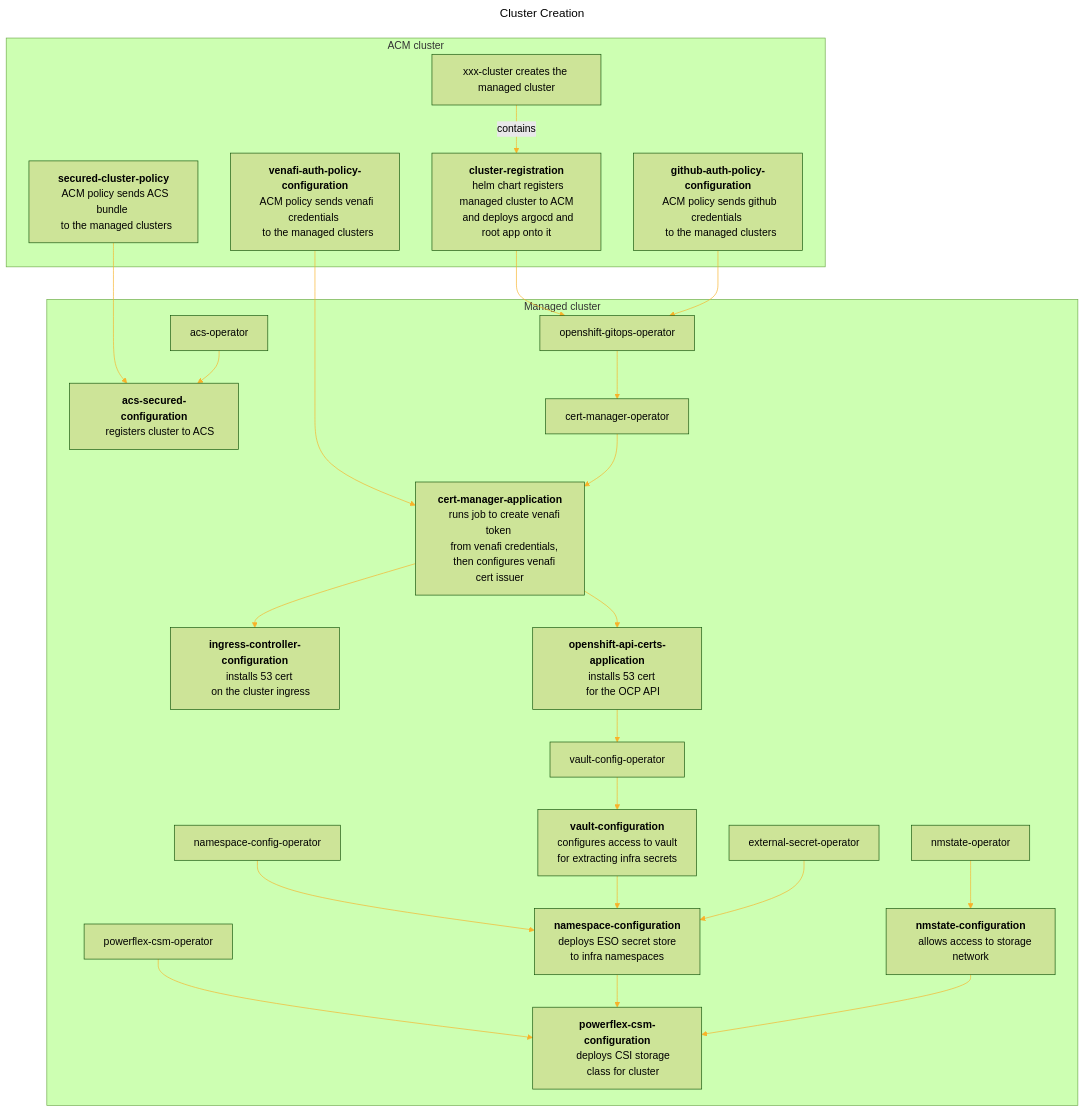
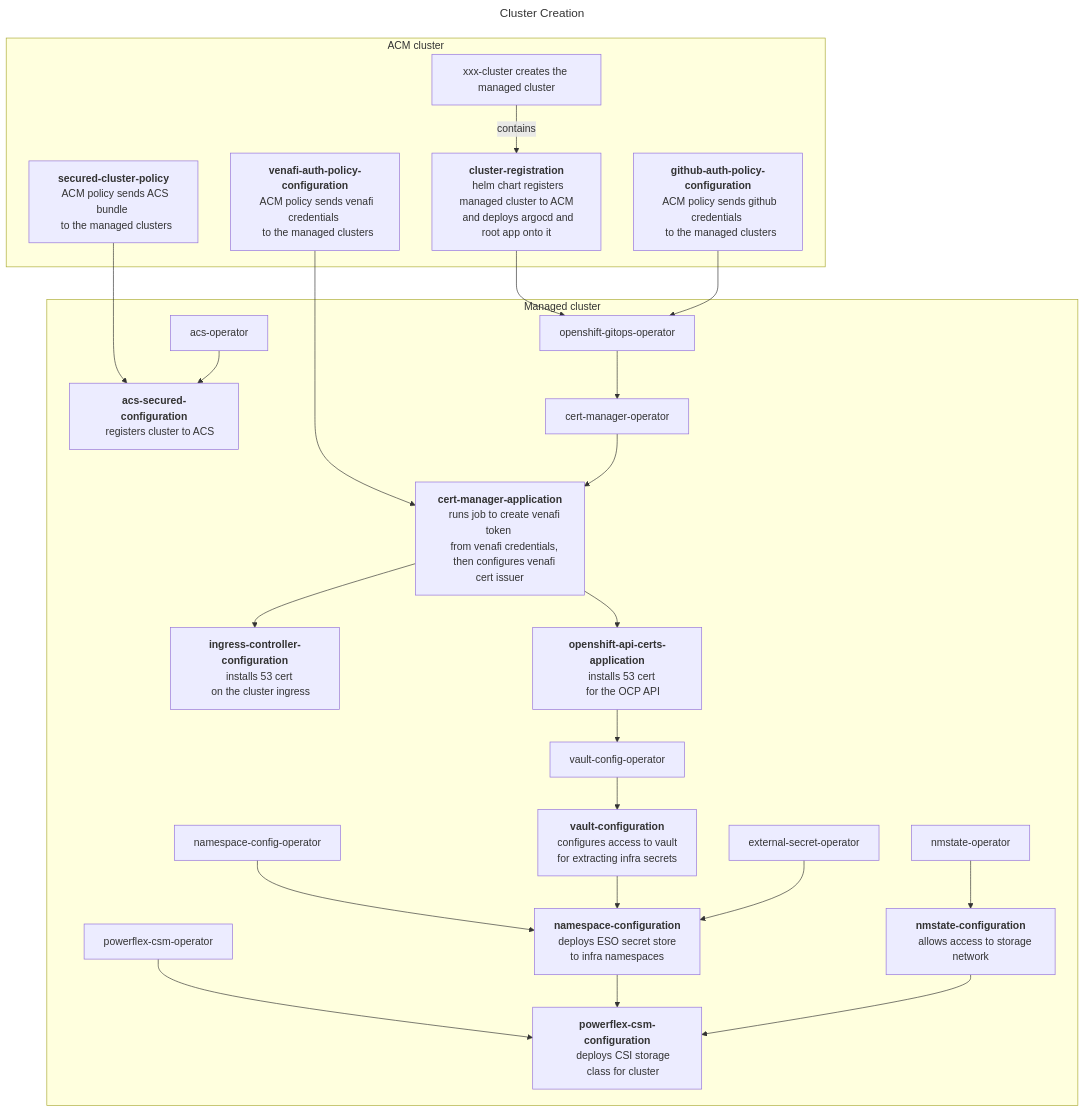
Before and after one commit to mmwillingham/acm: the diagram in test-mermaid/test-mermaid.build.md, drawn with Mermaid.

````diff
--- a/test-mermaid/test-mermaid.build.md
+++ b/test-mermaid/test-mermaid.build.md
@@ -2,68 +2,72 @@
 ```mermaid
 ---
 title: Cluster Creation
 ---
 %%{
   init: {
     'theme': 'forest',
     'themeVariables': {
       'primaryColor': '#BB2528',
       'primaryTextColor': '#fff',
       'primaryBorderColor': '#7C0000',
       'lineColor': '#F8B229',
       'secondaryColor': '#006100',
       'tertiaryColor': '#fff'
+    'flowchart': {
+      'htmlLabels: false
+      }
     }
   }
 }%%
+%%{init: {"flowchart": {"htmlLabels": false}} }%%
 flowchart TD
 venafi-auth-policy-configuration --> cert-manager-application
 cluster-registration --> openshift-gitops-operator
 github-auth-policy-configuration --> openshift-gitops-operator
 secured-cluster-policy --> acs-secured-configuration
 subgraph ACM cluster
 xxx-cluster["xxx-cluster creates the managed cluster"] -- contains --> cluster-registration["<b>cluster-registration</b>
   helm chart registers managed cluster to ACM
   and deploys argocd and root app onto it"]
 venafi-auth-policy-configuration["<b>venafi-auth-policy-configuration</b>
   ACM policy sends venafi credentials 
   to the managed clusters"]
 github-auth-policy-configuration["<b>github-auth-policy-configuration</b>
   ACM policy sends github credentials 
   to the managed clusters"]
 secured-cluster-policy["<b>secured-cluster-policy</b>
   ACM policy sends ACS bundle 
   to the managed clusters"]
 end
 subgraph Managed cluster
 openshift-gitops-operator --> cert-manager-operator
 cert-manager-operator --> cert-manager-application["<b>cert-manager-application</b>
     runs job to create venafi token 
     from venafi credentials, 
     then configures venafi cert issuer"]
 cert-manager-application --> ingress-controller-configuration["<b>ingress-controller-configuration</b>
     installs 53 cert 
     on the cluster ingress"]
 cert-manager-application --> openshift-api-certs-application["<b>openshift-api-certs-application</b>
     installs 53 cert 
     for the OCP API"]    
 openshift-api-certs-application --> vault-config-operator
 vault-config-operator --> vault-configuration["<b>vault-configuration</b>
     configures access to vault 
     for extracting infra secrets"]
 nmstate-operator --> nmstate-configuration["<b>nmstate-configuration</b>
     allows access to storage network"]
 namespace-config-operator --> namespace-configuration["<b>namespace-configuration</b>
     deploys ESO secret store 
     to infra namespaces"]
 vault-configuration --> namespace-configuration
 external-secret-operator --> namespace-configuration
 powerflex-csm-operator --> powerflex-csm-configuration["<b>powerflex-csm-configuration</b>
     deploys CSI storage
     class for cluster"]
 namespace-configuration --> powerflex-csm-configuration
 nmstate-configuration --> powerflex-csm-configuration
 acs-operator --> acs-secured-configuration["<b>acs-secured-configuration</b>
     registers cluster to ACS"]    
 end
 ```
````
